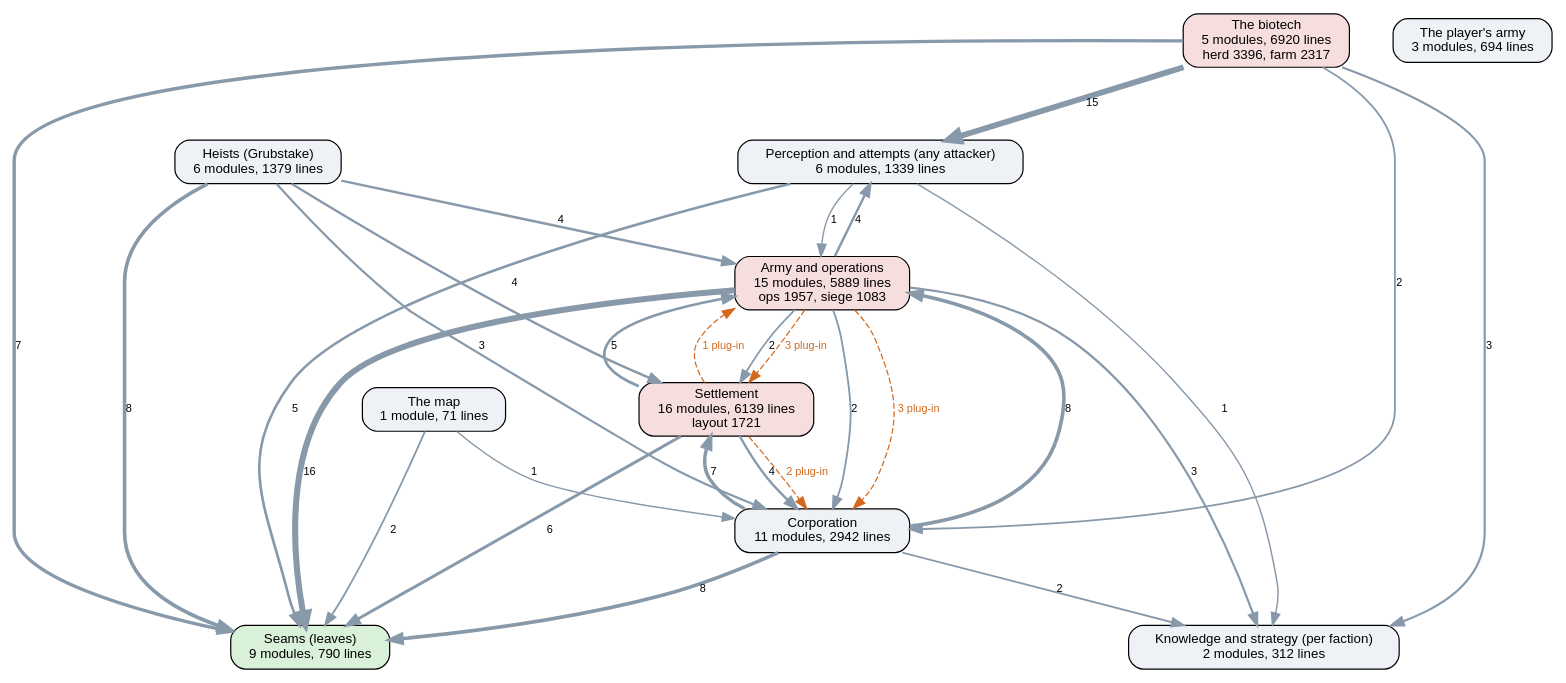
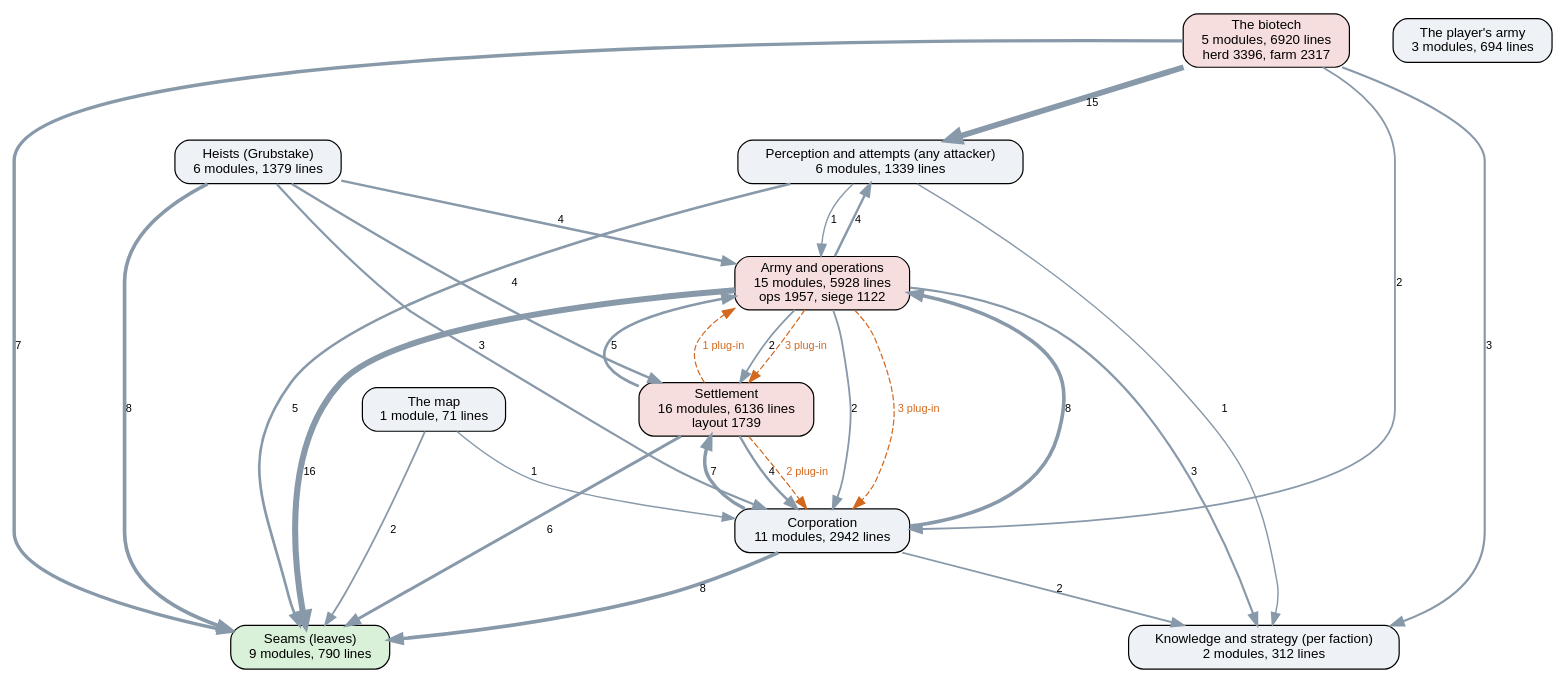
One commit to kinelhu/landing-party changed the diagram in docs/ai-layers.dot. Above: the diagram before and after it, drawn with Graphviz. The commit also changed 14 other files, not shown here.

```diff
--- a/docs/ai-layers.dot
+++ b/docs/ai-layers.dot
@@ -1,44 +1,44 @@
 digraph layers {
   graph [rankdir=TB, fontname="Helvetica", nodesep=0.5, ranksep=0.7];
   node [shape=box, style="rounded,filled", fontname="Helvetica", fontsize=11, fillcolor="#eef2f7"];
   edge [color="#8899aa", fontname="Helvetica", fontsize=9];
   "Seams (leaves)" [label="Seams (leaves)\n9 modules, 790 lines", fillcolor="#d9f0d9"];
   "Perception and attempts (any attacker)" [label="Perception and attempts (any attacker)\n6 modules, 1339 lines", fillcolor="#eef2f7"];
   "Knowledge and strategy (per faction)" [label="Knowledge and strategy (per faction)\n2 modules, 312 lines", fillcolor="#eef2f7"];
   "Corporation" [label="Corporation\n11 modules, 2942 lines", fillcolor="#eef2f7"];
-  "Settlement" [label="Settlement\n16 modules, 6139 lines\nlayout 1721", fillcolor="#f7dede"];
-  "Army and operations" [label="Army and operations\n15 modules, 5889 lines\nops 1957, siege 1083", fillcolor="#f7dede"];
+  "Settlement" [label="Settlement\n16 modules, 6136 lines\nlayout 1739", fillcolor="#f7dede"];
+  "Army and operations" [label="Army and operations\n15 modules, 5928 lines\nops 1957, siege 1122", fillcolor="#f7dede"];
   "Heists (Grubstake)" [label="Heists (Grubstake)\n6 modules, 1379 lines", fillcolor="#eef2f7"];
   "The biotech" [label="The biotech\n5 modules, 6920 lines\nherd 3396, farm 2317", fillcolor="#f7dede"];
   "The map" [label="The map\n1 module, 71 lines", fillcolor="#eef2f7"];
   "The player's army" [label="The player's army\n3 modules, 694 lines", fillcolor="#eef2f7"];
   "Army and operations" -> "Corporation" [label="2", penwidth=1.5];
   "Army and operations" -> "Knowledge and strategy (per faction)" [label="3", penwidth=1.8];
   "Army and operations" -> "Perception and attempts (any attacker)" [label="4", penwidth=2.0];
   "Army and operations" -> "Seams (leaves)" [label="16", penwidth=5.0];
   "Army and operations" -> "Settlement" [label="2", penwidth=1.5];
   "Corporation" -> "Army and operations" [label="8", penwidth=3.0];
   "Corporation" -> "Knowledge and strategy (per faction)" [label="2", penwidth=1.5];
   "Corporation" -> "Seams (leaves)" [label="8", penwidth=3.0];
   "Corporation" -> "Settlement" [label="7", penwidth=2.8];
   "Heists (Grubstake)" -> "Army and operations" [label="4", penwidth=2.0];
   "Heists (Grubstake)" -> "Corporation" [label="3", penwidth=1.8];
   "Heists (Grubstake)" -> "Seams (leaves)" [label="8", penwidth=3.0];
   "Heists (Grubstake)" -> "Settlement" [label="4", penwidth=2.0];
   "Perception and attempts (any attacker)" -> "Army and operations" [label="1", penwidth=1.2];
   "Perception and attempts (any attacker)" -> "Knowledge and strategy (per faction)" [label="1", penwidth=1.2];
   "Perception and attempts (any attacker)" -> "Seams (leaves)" [label="5", penwidth=2.2];
   "Settlement" -> "Army and operations" [label="5", penwidth=2.2];
   "Settlement" -> "Corporation" [label="4", penwidth=2.0];
   "Settlement" -> "Seams (leaves)" [label="6", penwidth=2.5];
   "The biotech" -> "Corporation" [label="2", penwidth=1.5];
   "The biotech" -> "Knowledge and strategy (per faction)" [label="3", penwidth=1.8];
   "The biotech" -> "Perception and attempts (any attacker)" [label="15", penwidth=4.8];
   "The biotech" -> "Seams (leaves)" [label="7", penwidth=2.8];
   "The map" -> "Corporation" [label="1", penwidth=1.2];
   "The map" -> "Seams (leaves)" [label="2", penwidth=1.5];
   "Army and operations" -> "Corporation" [style=dashed, color="#d2691e", fontcolor="#d2691e", label="3 plug-in"];
   "Army and operations" -> "Settlement" [style=dashed, color="#d2691e", fontcolor="#d2691e", label="3 plug-in"];
   "Settlement" -> "Army and operations" [style=dashed, color="#d2691e", fontcolor="#d2691e", label="1 plug-in"];
   "Settlement" -> "Corporation" [style=dashed, color="#d2691e", fontcolor="#d2691e", label="2 plug-in"];
 }
```
